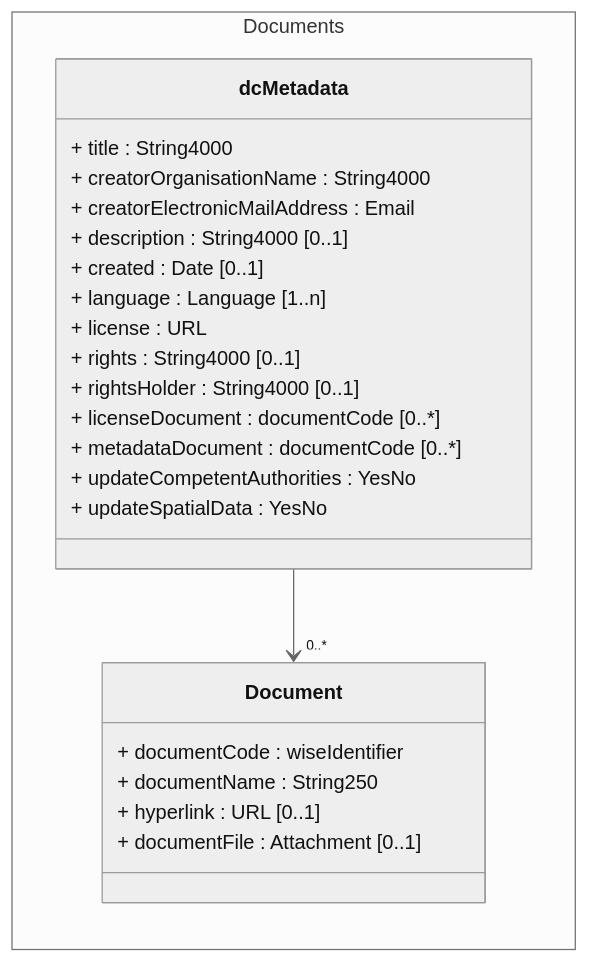
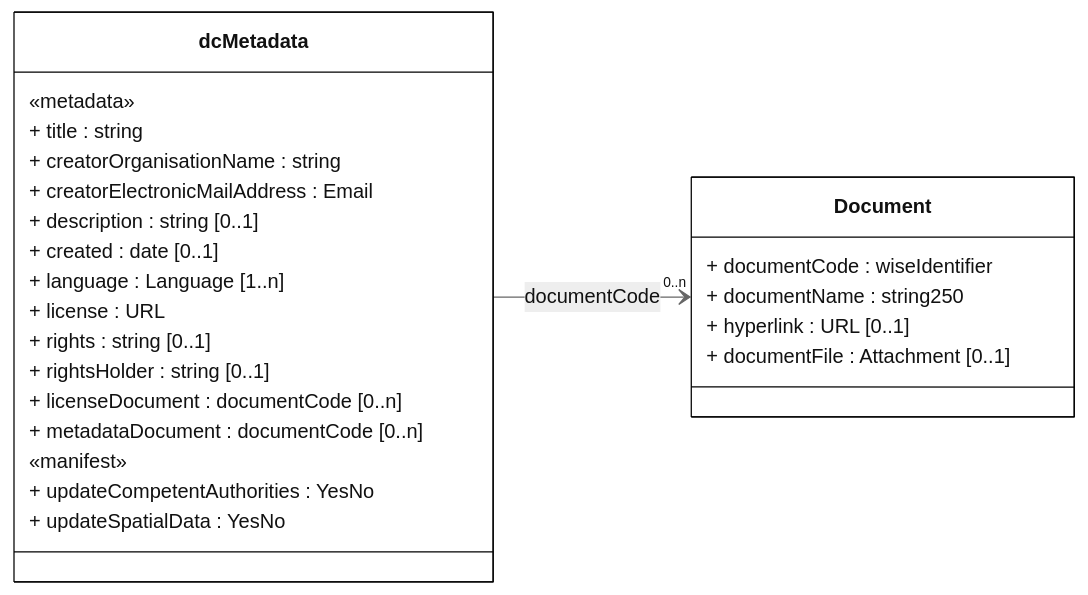
One commit to eeadata/WISE.WFD.Documentation changed the diagram in docs/DataModelReview/mmd/RBDCA_4thCycle_Documents_ClassDiagram.mmd. Above: the diagram before and after it, drawn with Mermaid. The commit also changed 34 other files, not shown here.

```diff
--- a/docs/DataModelReview/mmd/RBDCA_4thCycle_Documents_ClassDiagram.mmd
+++ b/docs/DataModelReview/mmd/RBDCA_4thCycle_Documents_ClassDiagram.mmd
@@ -1,33 +1,40 @@
 ---
 config:
   class:
     hideEmptyMembersBox: true
   layout: dagre
   theme: neutral
 ---
 classDiagram
 direction LR
-namespace Documents {
+
 class dcMetadata {
-+ title : String4000
-+ creatorOrganisationName : String4000
+
+«metadata»
++ title : string
++ creatorOrganisationName : string
 + creatorElectronicMailAddress : Email
-+ description : String4000 [0..1]
-+ created : Date [0..1]
++ description : string [0..1]
++ created : date [0..1]
 + language : Language [1..n]
 + license : URL
-+ rights : String4000 [0..1]
-+ rightsHolder : String4000 [0..1]
-+ licenseDocument : documentCode [0..*]
-+ metadataDocument : documentCode [0..*]
++ rights : string [0..1]
++ rightsHolder : string [0..1]
++ licenseDocument : documentCode [0..n]
++ metadataDocument : documentCode [0..n]
+
+«manifest»
 + updateCompetentAuthorities : YesNo
 + updateSpatialData : YesNo
 }
 class Document {
 + documentCode : wiseIdentifier
-+ documentName : String250
++ documentName : string250
 + hyperlink : URL [0..1]
 + documentFile : Attachment [0..1]
 }
-}
-dcMetadata --> "0..*" Document
+
+dcMetadata --> "0..n" Document : documentCode
+
+classDef default fill:white,stroke:#000;
+classDef forFixing fill:white,stroke:#f00;
```
